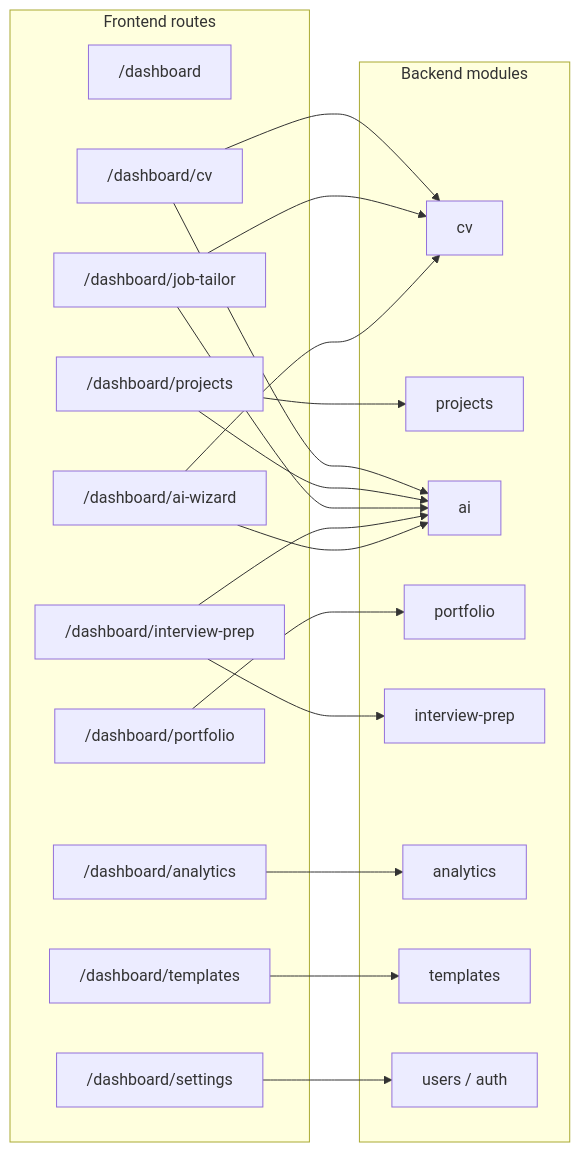
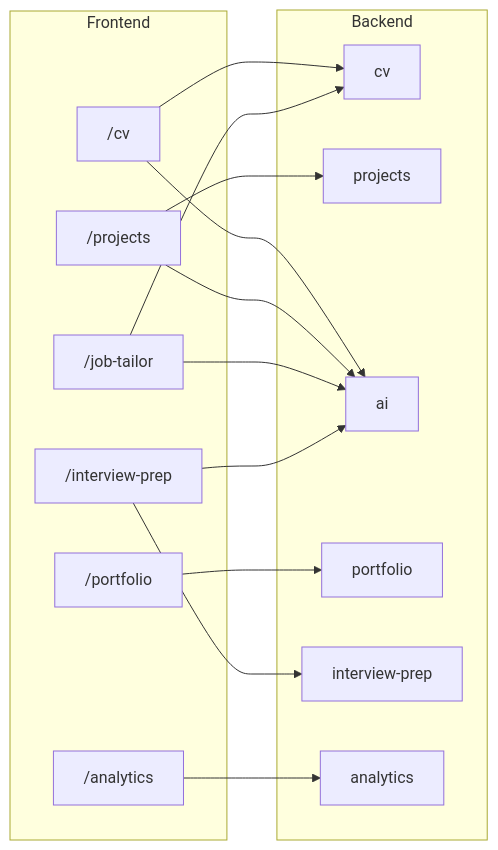
The second of 10 diagrams in README.md (dainv123/resumate), drawn with Mermaid before and after one commit. The commit also changed other lines of this file and 17 other files, not shown here.

````diff
--- a/README.md
+++ b/README.md
@@ -72,41 +105,25 @@
 ```mermaid
 flowchart LR
-  subgraph FE["Frontend routes"]
-    D["/dashboard"]
-    C["/dashboard/cv"]
-    P["/dashboard/projects"]
-    J["/dashboard/job-tailor"]
-    I["/dashboard/interview-prep"]
-    Po["/dashboard/portfolio"]
-    A["/dashboard/analytics"]
-    T["/dashboard/templates"]
-    S["/dashboard/settings"]
-    W["/dashboard/ai-wizard"]
+  subgraph FE["Frontend"]
+    C["/cv"]
+    P["/projects"]
+    J["/job-tailor"]
+    I["/interview-prep"]
+    Po["/portfolio"]
+    A["/analytics"]
   end
-
-  subgraph BE["Backend modules"]
+  subgraph BE["Backend"]
     MCV[cv]
     MP[projects]
     MAI[ai]
     MPo[portfolio]
     MPrep[interview-prep]
     MAn[analytics]
-    MT[templates]
-    MU[users / auth]
   end
-
-  C --> MCV
-  C --> MAI
-  P --> MP
-  P --> MAI
-  J --> MCV
-  J --> MAI
-  I --> MPrep
-  I --> MAI
+  C --> MCV & MAI
+  P --> MP & MAI
+  J --> MCV & MAI
+  I --> MPrep & MAI
   Po --> MPo
   A --> MAn
-  T --> MT
-  S --> MU
-  W --> MCV
-  W --> MAI
 ```
````
